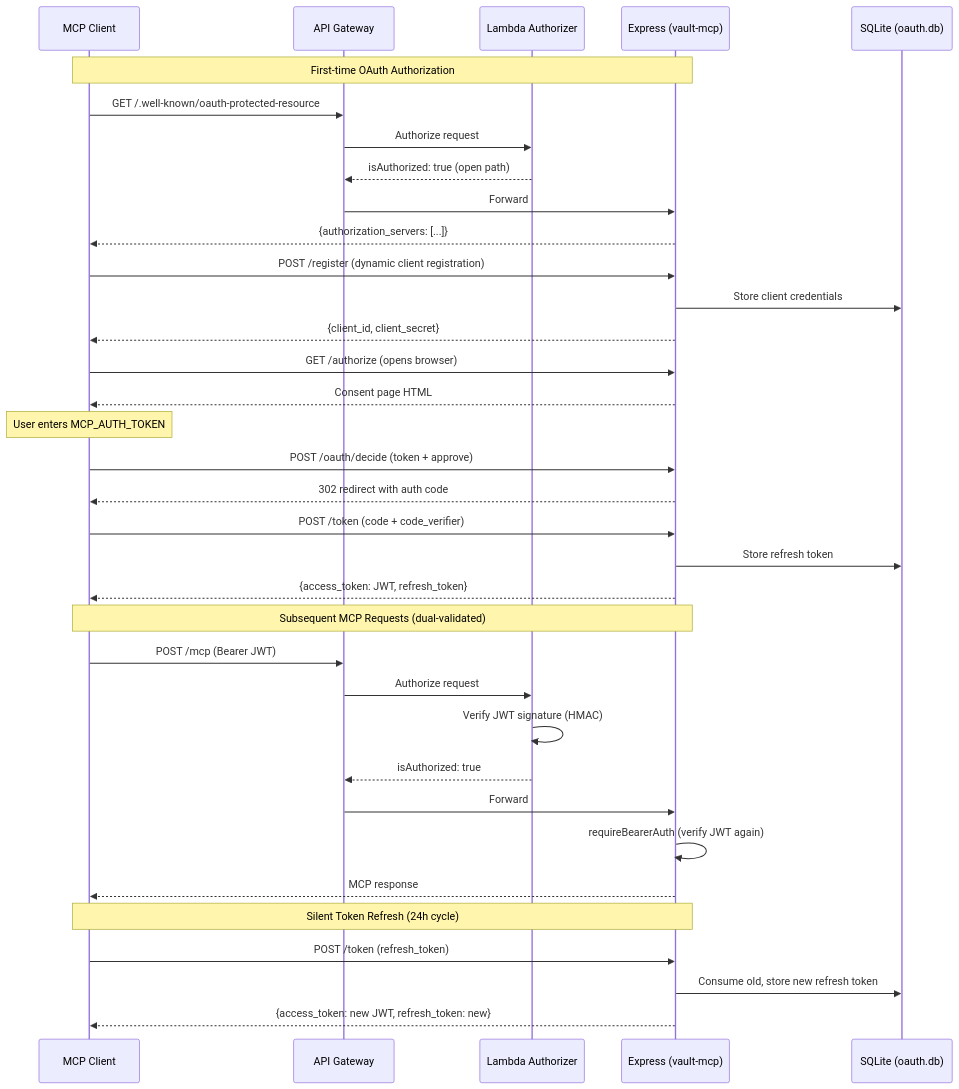
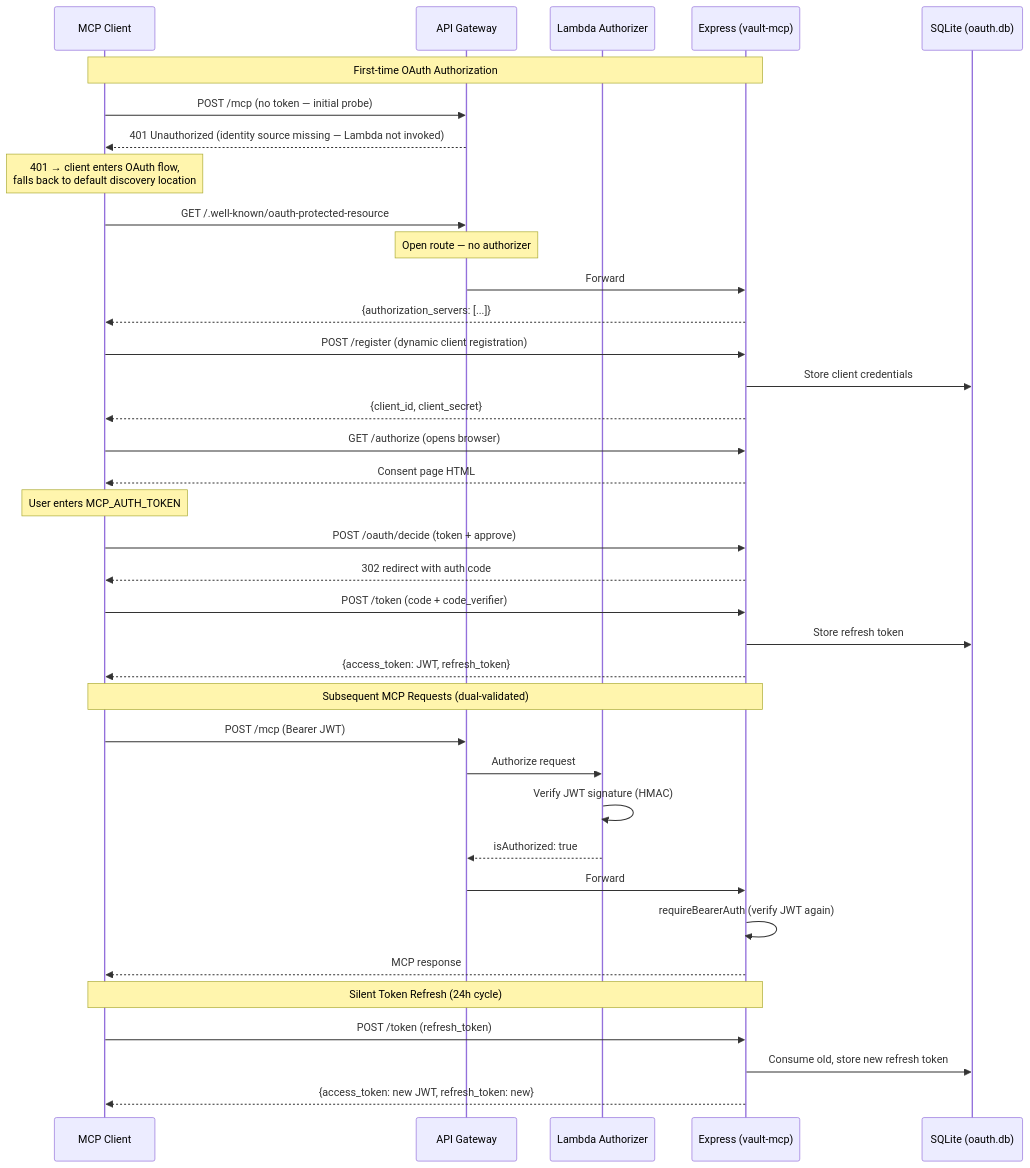
The second of 3 diagrams in ARCHITECTURE.md (aliasunder/vault-cortex), drawn with Mermaid before and after one commit. The commit also changed other lines of this file and 2 other files, not shown here.

First line of the commit message:
fix(deploy): return 401 for tokenless requests to enable MCP connect flow (#121)

````diff
--- a/ARCHITECTURE.md
+++ b/ARCHITECTURE.md
@@ -107,43 +107,45 @@
 ```mermaid
 sequenceDiagram
     participant C as MCP Client
     participant AG as API Gateway
     participant L as Lambda Authorizer
     participant E as Express (vault-mcp)
     participant DB as SQLite (oauth.db)
 
     Note over C,E: First-time OAuth Authorization
+    C->>AG: POST /mcp (no token — initial probe)
+    AG-->>C: 401 Unauthorized (identity source missing — Lambda not invoked)
+    Note over C: 401 → client enters OAuth flow,<br/>falls back to default discovery location
     C->>AG: GET /.well-known/oauth-protected-resource
-    AG->>L: Authorize request
-    L-->>AG: isAuthorized: true (open path)
+    Note over AG: Open route — no authorizer
     AG->>E: Forward
     E-->>C: {authorization_servers: [...]}
 
     C->>E: POST /register (dynamic client registration)
     E->>DB: Store client credentials
     E-->>C: {client_id, client_secret}
 
     C->>E: GET /authorize (opens browser)
     E-->>C: Consent page HTML
     Note over C: User enters MCP_AUTH_TOKEN
     C->>E: POST /oauth/decide (token + approve)
     E-->>C: 302 redirect with auth code
 
     C->>E: POST /token (code + code_verifier)
     E->>DB: Store refresh token
     E-->>C: {access_token: JWT, refresh_token}
 
     Note over C,E: Subsequent MCP Requests (dual-validated)
     C->>AG: POST /mcp (Bearer JWT)
     AG->>L: Authorize request
     L->>L: Verify JWT signature (HMAC)
     L-->>AG: isAuthorized: true
     AG->>E: Forward
     E->>E: requireBearerAuth (verify JWT again)
     E-->>C: MCP response
 
     Note over C,E: Silent Token Refresh (24h cycle)
     C->>E: POST /token (refresh_token)
     E->>DB: Consume old, store new refresh token
     E-->>C: {access_token: new JWT, refresh_token: new}
 ```
````
